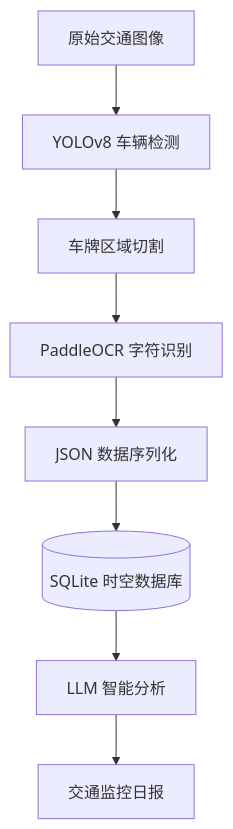
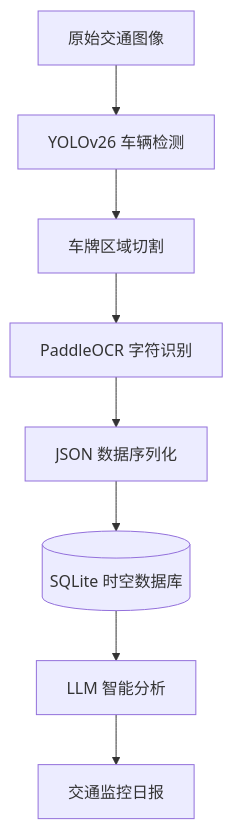
One commit to wyyyz-web/Traffic-Agent changed the diagram in README.md. Above: the diagram before and after it, drawn with Mermaid. The commit also changed other lines of this file, not shown here.

````diff
--- a/README.md
+++ b/README.md
@@ -13,10 +13,10 @@
 ```mermaid
 graph TD
-    A[原始交通图像] --> B[YOLOv8 车辆检测]
+    A[原始交通图像] --> B[YOLOv26 车辆检测]
     B --> C[车牌区域切割]
     C --> D[PaddleOCR 字符识别]
     D --> E[JSON 数据序列化]
     E --> F[(SQLite 时空数据库)]
     F --> G[LLM 智能分析]
     G --> H[交通监控日报]
 ```
````
